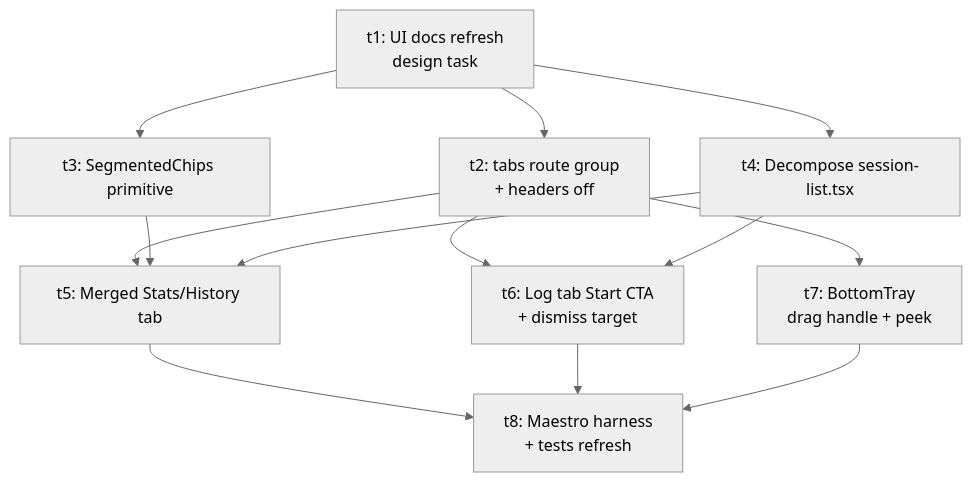
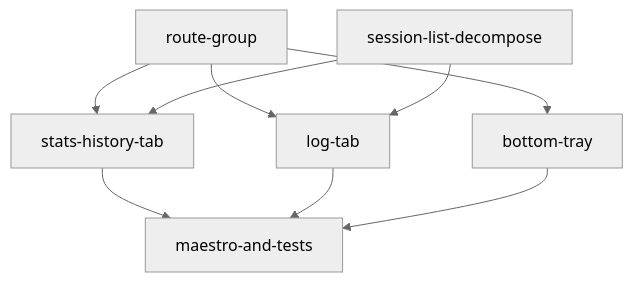
Before and after one commit to Brotherhood-of-Ghisa/BOGA3: the diagram in docs/plans/navigation-redesign/plan.md, drawn with Mermaid (neutral theme). The commit also changed other lines of this file, not shown here.

````diff
--- a/docs/plans/navigation-redesign/plan.md
+++ b/docs/plans/navigation-redesign/plan.md
@@ -29,24 +25,18 @@
 ```mermaid
 graph TD
-  t1[t1: UI docs refresh<br/>design task]
-  t2[t2: tabs route group<br/>+ headers off]
-  t3[t3: SegmentedChips primitive]
-  t4[t4: Decompose session-list.tsx]
-  t5[t5: Merged Stats/History tab]
-  t6[t6: Log tab Start CTA<br/>+ dismiss target]
-  t7[t7: BottomTray<br/>drag handle + peek]
-  t8[t8: Maestro harness<br/>+ tests refresh]
+  route[route-group]
+  decompose[session-list-decompose]
+  statsHistory[stats-history-tab]
+  log[log-tab]
+  tray[bottom-tray]
+  maestro[maestro-and-tests]
 
-  t1 --> t2
-  t1 --> t3
-  t1 --> t4
-  t2 --> t5
-  t3 --> t5
-  t4 --> t5
-  t2 --> t6
-  t4 --> t6
-  t2 --> t7
-  t5 --> t8
-  t6 --> t8
-  t7 --> t8
+  route --> statsHistory
+  decompose --> statsHistory
+  route --> log
+  decompose --> log
+  route --> tray
+  statsHistory --> maestro
+  log --> maestro
+  tray --> maestro
 ```
````
